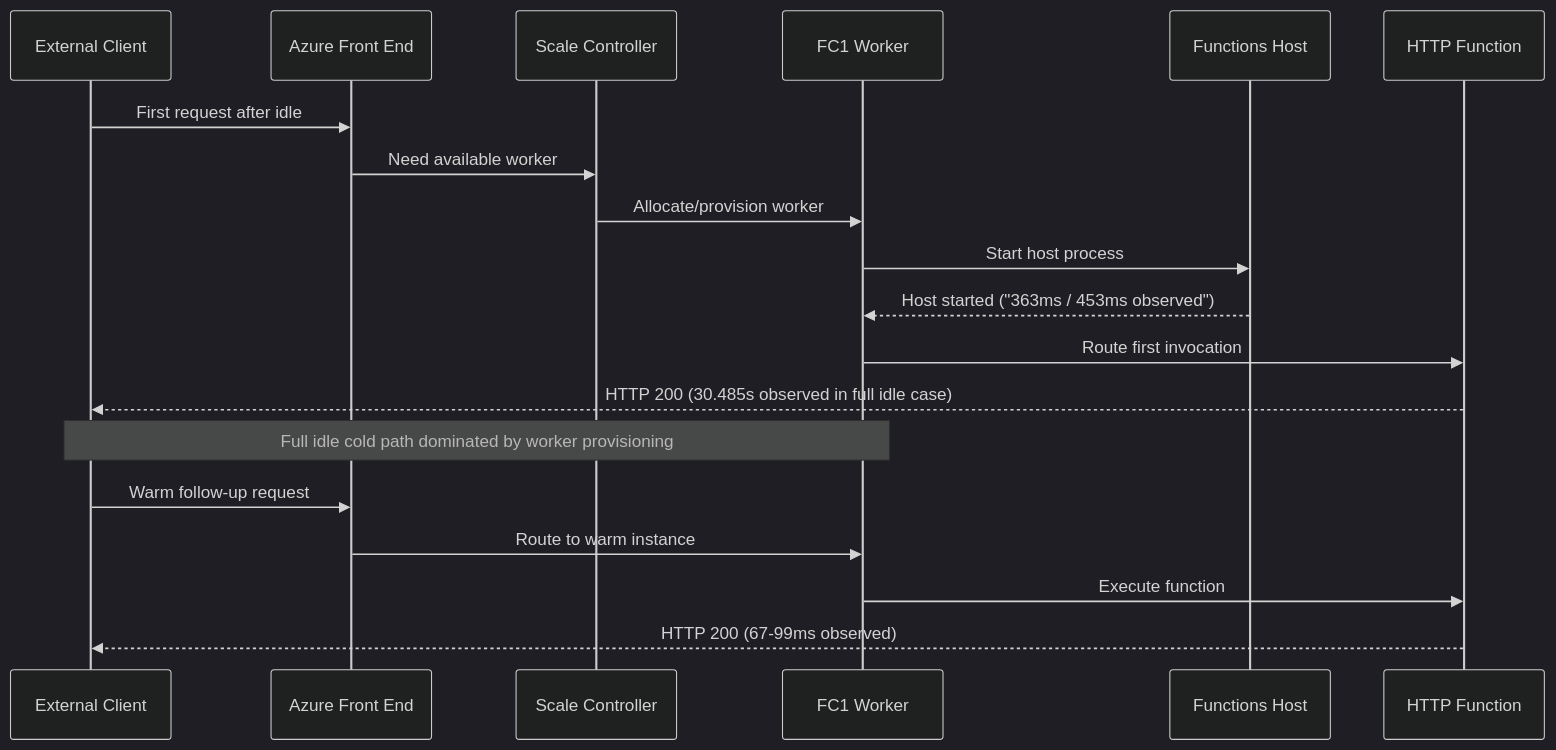
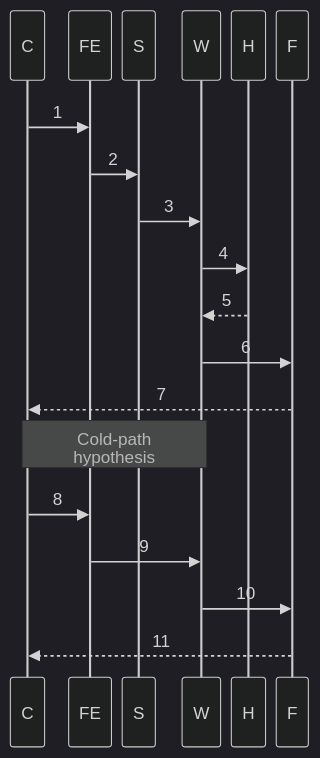
The second of 5 diagrams in docs/troubleshooting/lab-guides/cold-start.md (yeongseon/azure-functions-practical-guide), drawn with Mermaid (dark theme) before and after one commit. The commit also changed other lines of this file, not shown here.

First line of the commit message:
docs(diagrams): improve cold-start lab figure legibility

````diff
--- a/docs/troubleshooting/lab-guides/cold-start.md
+++ b/docs/troubleshooting/lab-guides/cold-start.md
@@ -160,21 +182,24 @@
 ```mermaid
+%%{init: {'sequence': {'width': 25, 'actorMargin': 10, 'diagramMarginX': 5, 'messageMargin': 20, 'noteMargin': 5}}}%%
 sequenceDiagram
-    participant Client as External Client
-    participant FE as Azure Front End
-    participant Scale as Scale Controller
-    participant Worker as FC1 Worker
-    participant Host as Functions Host
-    participant Func as HTTP Function
-    Client->>FE: First request after idle
-    FE->>Scale: Need available worker
-    Scale->>Worker: Allocate/provision worker
-    Worker->>Host: Start host process
-    Host-->>Worker: Host started ("363ms / 453ms observed")
-    Worker->>Func: Route first invocation
-    Func-->>Client: HTTP 200 (30.485s observed in full idle case)
-    Note over Client,Worker: Full idle cold path dominated by worker provisioning
-    Client->>FE: Warm follow-up request
-    FE->>Worker: Route to warm instance
-    Worker->>Func: Execute function
-    Func-->>Client: HTTP 200 (67-99ms observed)
+    accTitle: How do the reported cold and warm requests compare?
+    accDescr: Illustrative FC1 timeline with six distinct roles and the original cold-then-warm exchange order. Numbered messages refer to the adjacent key. Historical client and host timings are retained, not newly validated; internal handoffs are conceptual rather than captured protocol messages.
+    participant Client as C
+    participant FE as FE
+    participant Scale as S
+    participant Worker as W
+    participant Host as H
+    participant Func as F
+    Client->>FE: 1
+    FE->>Scale: 2
+    Scale->>Worker: 3
+    Worker->>Host: 4
+    Host-->>Worker: 5
+    Worker->>Func: 6
+    Func-->>Client: 7
+    Note over Client,Worker: Cold-path<br/>hypothesis
+    Client->>FE: 8
+    FE->>Worker: 9
+    Worker->>Func: 10
+    Func-->>Client: 11
 ```
````
